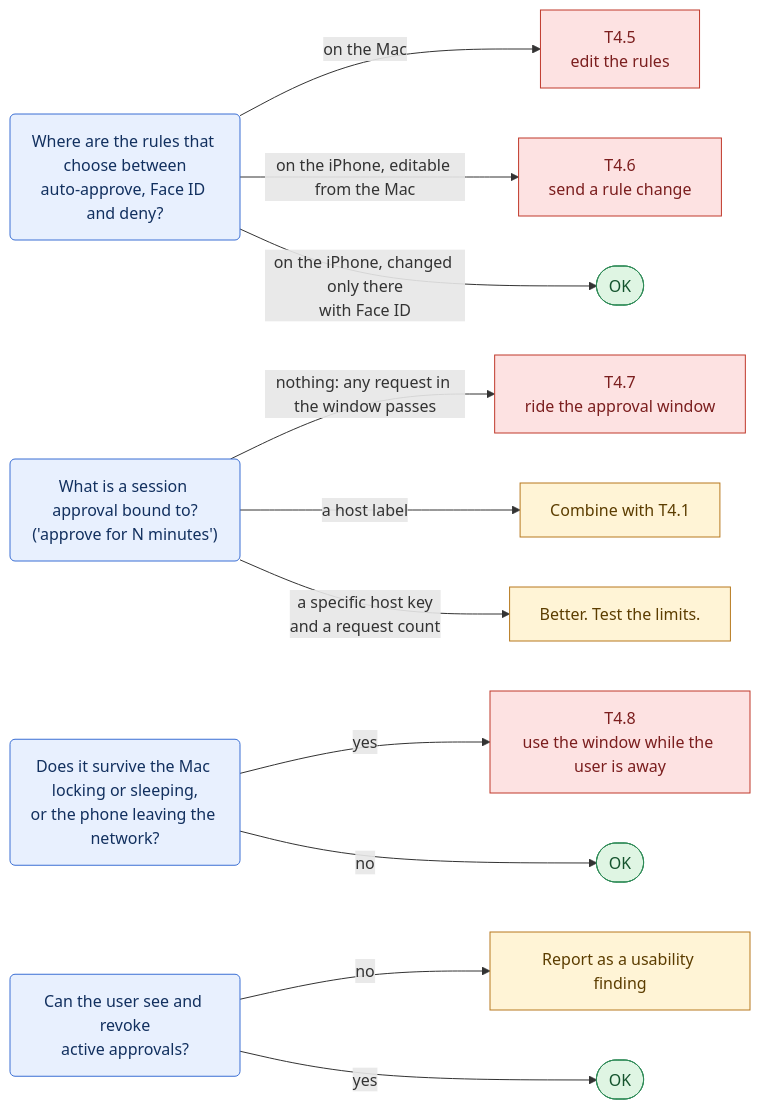
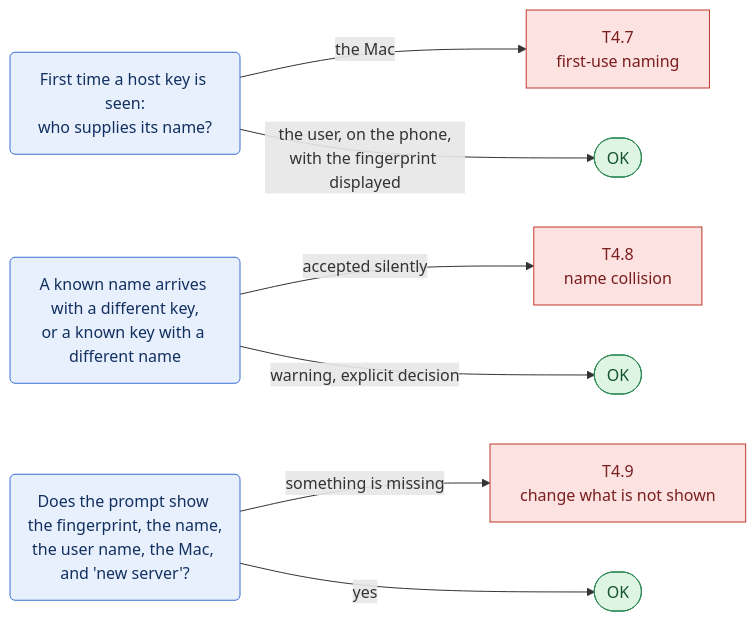
One commit to Samylay/sentry-key changed the tenth of 17 diagrams in docs/red-team/README.md. Above: the diagram before and after it, drawn with Mermaid. The commit also changed other lines of this file and 1 other file, not shown here.

First line of the commit message:
Align red team guide with docs/ARCHITECTURE.md (prompt P-007)

````diff
--- a/docs/red-team/README.md
+++ b/docs/red-team/README.md
@@ -452,21 +443,16 @@
 ```mermaid
 flowchart LR
   classDef q fill:#e8f0fe,stroke:#3b6fd4,color:#12305f
   classDef atk fill:#fde2e2,stroke:#c0392b,color:#7b1e1e
   classDef ok fill:#dff5e3,stroke:#2e8b57,color:#14532d
   classDef note fill:#fff4d6,stroke:#b7791f,color:#5c3d00
-  q5("Where are the rules that choose between<br/>auto-approve, Face ID and deny?"):::q
-  q6("What is a session approval bound to?<br/>('approve for N minutes')"):::q
-  q7("Does it survive the Mac locking or sleeping,<br/>or the phone leaving the network?"):::q
-  q8("Can the user see and revoke<br/>active approvals?"):::q
-  q5 -->|"on the Mac"| a5["T4.5<br/>edit the rules"]:::atk
-  q5 -->|"on the iPhone, editable from the Mac"| a6["T4.6<br/>send a rule change"]:::atk
-  q5 -->|"on the iPhone, changed only there<br/>with Face ID"| ok3(["OK"]):::ok
-  q6 -->|"nothing: any request in the window passes"| a7["T4.7<br/>ride the approval window"]:::atk
-  q6 -->|"a host label"| n1["Combine with T4.1"]:::note
-  q6 -->|"a specific host key<br/>and a request count"| n2["Better. Test the limits."]:::note
-  q7 -->|"yes"| a8["T4.8<br/>use the window while the user is away"]:::atk
-  q7 -->|"no"| ok4(["OK"]):::ok
-  q8 -->|"no"| n3["Report as a usability finding"]:::note
-  q8 -->|"yes"| ok5(["OK"]):::ok
+  q5("First time a host key is seen:<br/>who supplies its name?"):::q
+  q6("A known name arrives with a different key,<br/>or a known key with a different name"):::q
+  q7("Does the prompt show the fingerprint, the name,<br/>the user name, the Mac, and 'new server'?"):::q
+  q5 -->|"the Mac"| a7["T4.7<br/>first-use naming"]:::atk
+  q5 -->|"the user, on the phone,<br/>with the fingerprint displayed"| ok2(["OK"]):::ok
+  q6 -->|"accepted silently"| a8["T4.8<br/>name collision"]:::atk
+  q6 -->|"warning, explicit decision"| ok3(["OK"]):::ok
+  q7 -->|"something is missing"| a9["T4.9<br/>change what is not shown"]:::atk
+  q7 -->|"yes"| ok4(["OK"]):::ok
 ```
````
